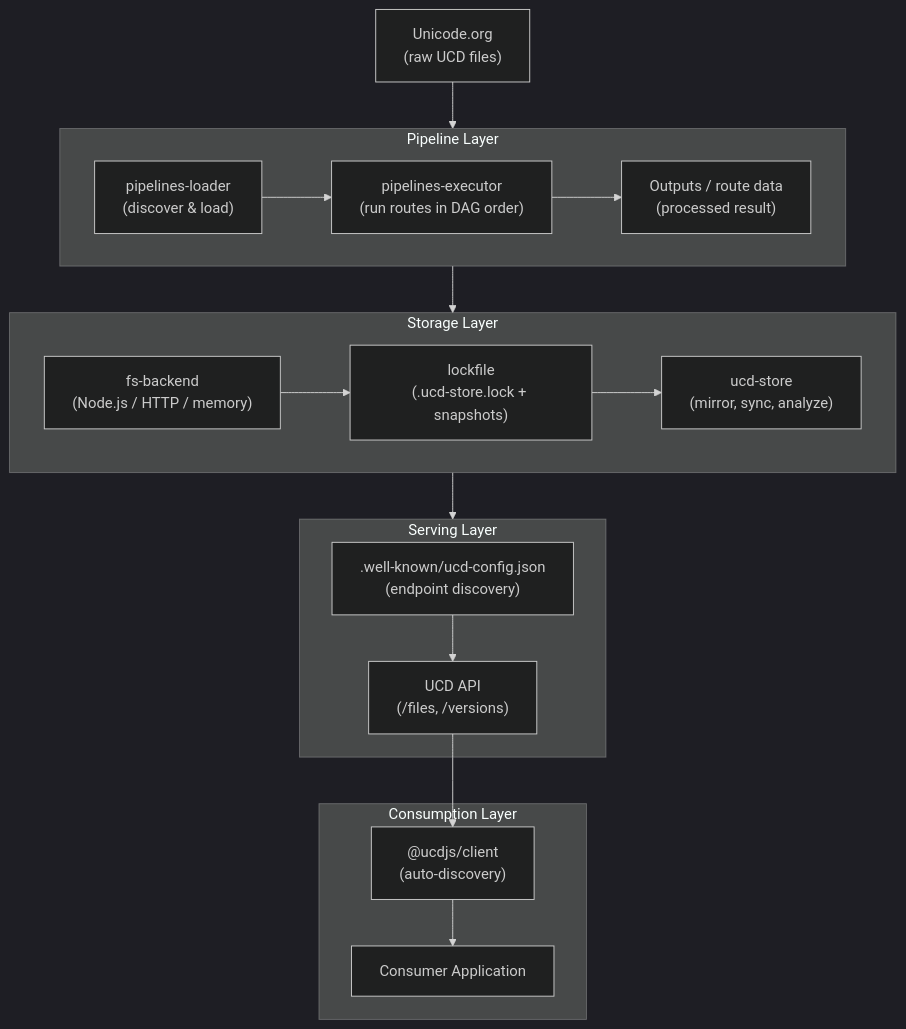
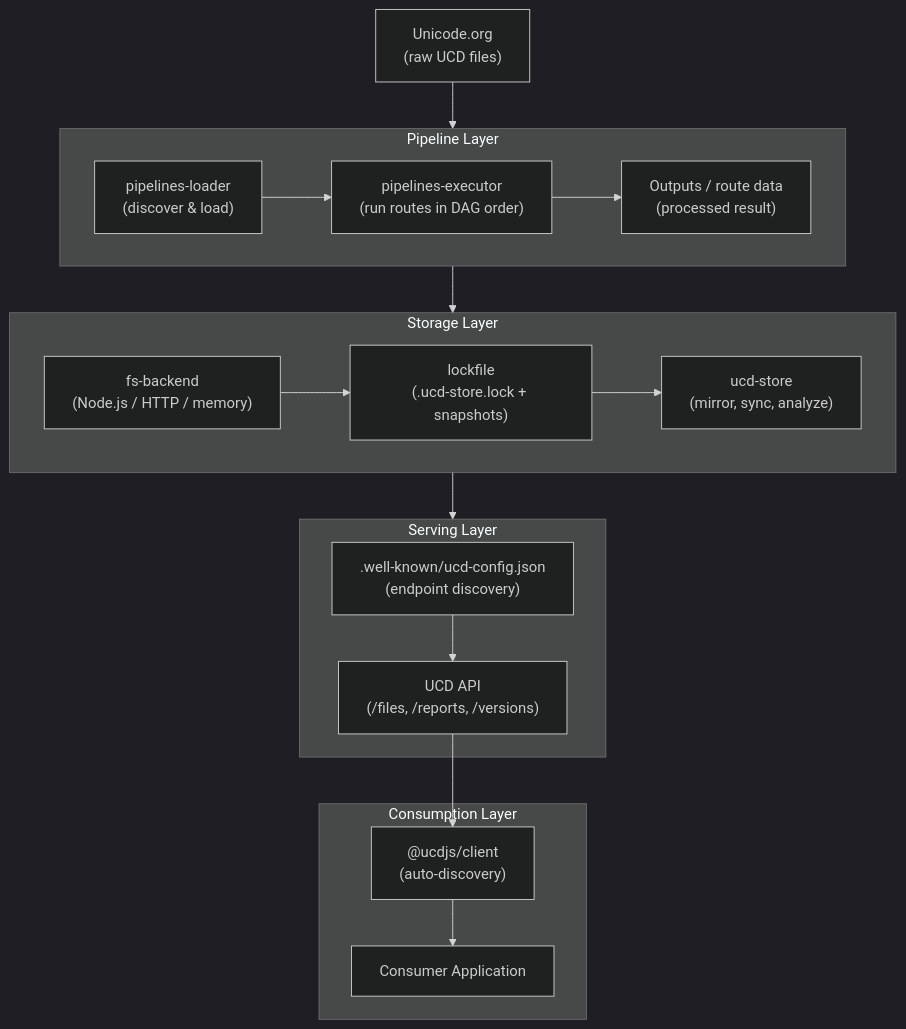
Before and after one commit to ucdjs/ucd: the first of 3 diagrams in apps/docs/content/architecture/data-flow.mdx, drawn with Mermaid (dark theme). The commit also changed other lines of this file and 6 other files, not shown here.

Commit message:
feat(api): publish reports discovery and schemas

````diff
--- a/apps/docs/content/architecture/data-flow.mdx
+++ b/apps/docs/content/architecture/data-flow.mdx
@@ -10,35 +10,35 @@
 ```mermaid
 flowchart TD
   U["Unicode.org\n(raw UCD files)"]
 
   subgraph Pipelines["Pipeline Layer"]
     PS["pipelines-loader\n(discover & load)"]
     PE["pipelines-executor\n(run routes in DAG order)"]
     PA["Outputs / route data\n(processed result)"]
     PS --> PE --> PA
   end
 
   subgraph Storage["Storage Layer"]
     FB["fs-backend\n(Node.js / HTTP / memory)"]
     LF["lockfile\n(.ucd-store.lock + snapshots)"]
     ST["ucd-store\n(mirror, sync, analyze)"]
     FB --> LF --> ST
   end
 
   subgraph Serving["Serving Layer"]
     WK[".well-known/ucd-config.json\n(endpoint discovery)"]
-    API["UCD API\n(/files, /versions)"]
+    API["UCD API\n(/files, /reports, /versions)"]
     WK --> API
   end
 
   subgraph Consumption["Consumption Layer"]
     CL["@ucdjs/client\n(auto-discovery)"]
     APP["Consumer Application"]
     CL --> APP
   end
 
   U --> Pipelines
   Pipelines --> Storage
   Storage --> Serving
   API --> CL
 ```
````
